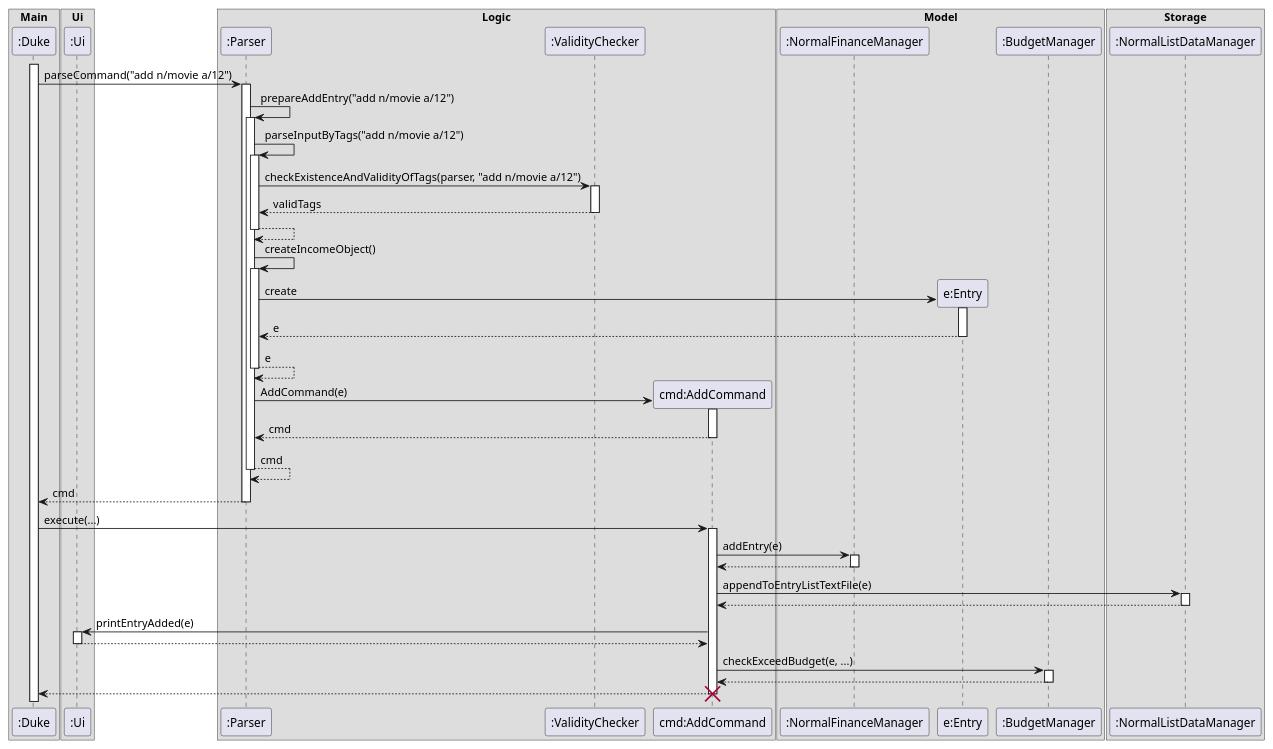
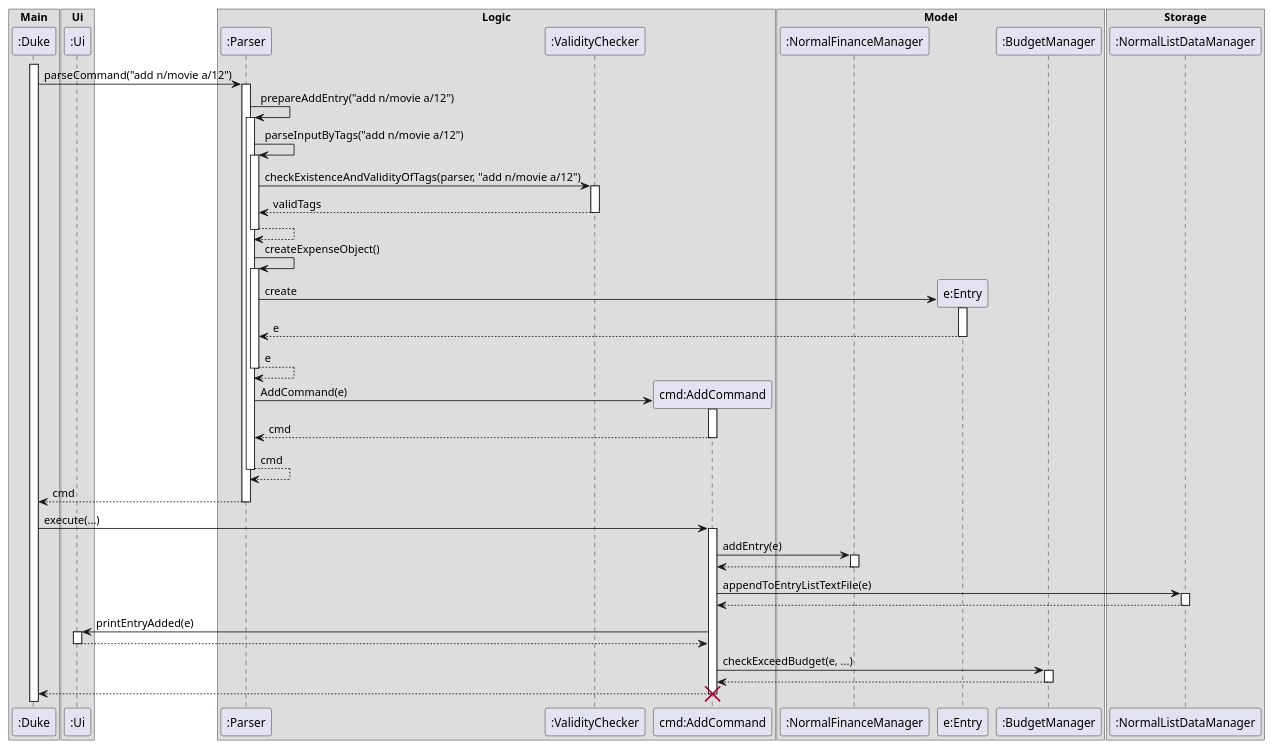
The diagram in docs/diagrams/LogicSequenceDiagram.puml (yanjia1777/tp), drawn with PlantUML before and after one commit. The commit also changed 1 other file, not shown here.

Commit message:
Fix typo in logic sequence diagram

```diff
--- a/docs/diagrams/LogicSequenceDiagram.puml
+++ b/docs/diagrams/LogicSequenceDiagram.puml
@@ -1,89 +1,89 @@
 @startuml
 box Main
 Participant ":Duke" as Duke
 end box
 box Ui
 Participant ":Ui" as Ui
 end box
 box Logic
 Participant ":Parser" as Parser
 Participant ":ValidityChecker" as Valid
 Participant "cmd:AddCommand" as DeleteCommand
 end box
 
 box Model
 Participant ":NormalFinanceManager" as NormalFinanceManager
 Participant "e:Entry" as Entry
 Participant ":BudgetManager" as Budget
 end box
 
 box Storage
 Participant ":NormalListDataManager" as NormalListDataManager
 end box
 
 activate Duke
 Duke -> Parser : parseCommand("add n/movie a/12")
 activate Parser
 
 Parser -> Parser : prepareAddEntry("add n/movie a/12")
 activate Parser
 Parser -> Parser : parseInputByTags("add n/movie a/12")
 activate Parser
 Parser -> Valid : checkExistenceAndValidityOfTags(parser, "add n/movie a/12")
 activate Valid
 Valid --> Parser : validTags
 deactivate Valid
 
 Parser --> Parser
 deactivate Parser
-Parser -> Parser : createIncomeObject()
+Parser -> Parser : createExpenseObject()
 
 activate Parser
 create Entry
 
 Parser -> Entry : create
 activate Entry
 Entry --> Parser : e
 deactivate Entry
 Parser --> Parser : e
 deactivate Parser
 
 create DeleteCommand
 Parser -> DeleteCommand : AddCommand(e)
 activate DeleteCommand
 DeleteCommand --> Parser : cmd
 deactivate DeleteCommand
 Parser --> Parser : cmd
 deactivate Parser
 Parser --> Duke : cmd
 
 deactivate Parser
 
 Duke -> DeleteCommand : execute(...)
 
 activate DeleteCommand
 DeleteCommand -> NormalFinanceManager : addEntry(e)
 activate NormalFinanceManager
 NormalFinanceManager --> DeleteCommand
 deactivate NormalFinanceManager
 
 DeleteCommand -> NormalListDataManager : appendToEntryListTextFile(e)
 activate NormalListDataManager
 NormalListDataManager --> DeleteCommand
 deactivate NormalListDataManager
 
 
 DeleteCommand -> Ui : printEntryAdded(e)
 
 activate Ui
 Ui --> DeleteCommand
 deactivate Ui
 DeleteCommand -> Budget : checkExceedBudget(e, ...)
 activate Budget
 Budget --> DeleteCommand
 deactivate Budget
 
 DeleteCommand --> Duke
 deactivate DeleteCommand
 destroy DeleteCommand
 @enduml
```
